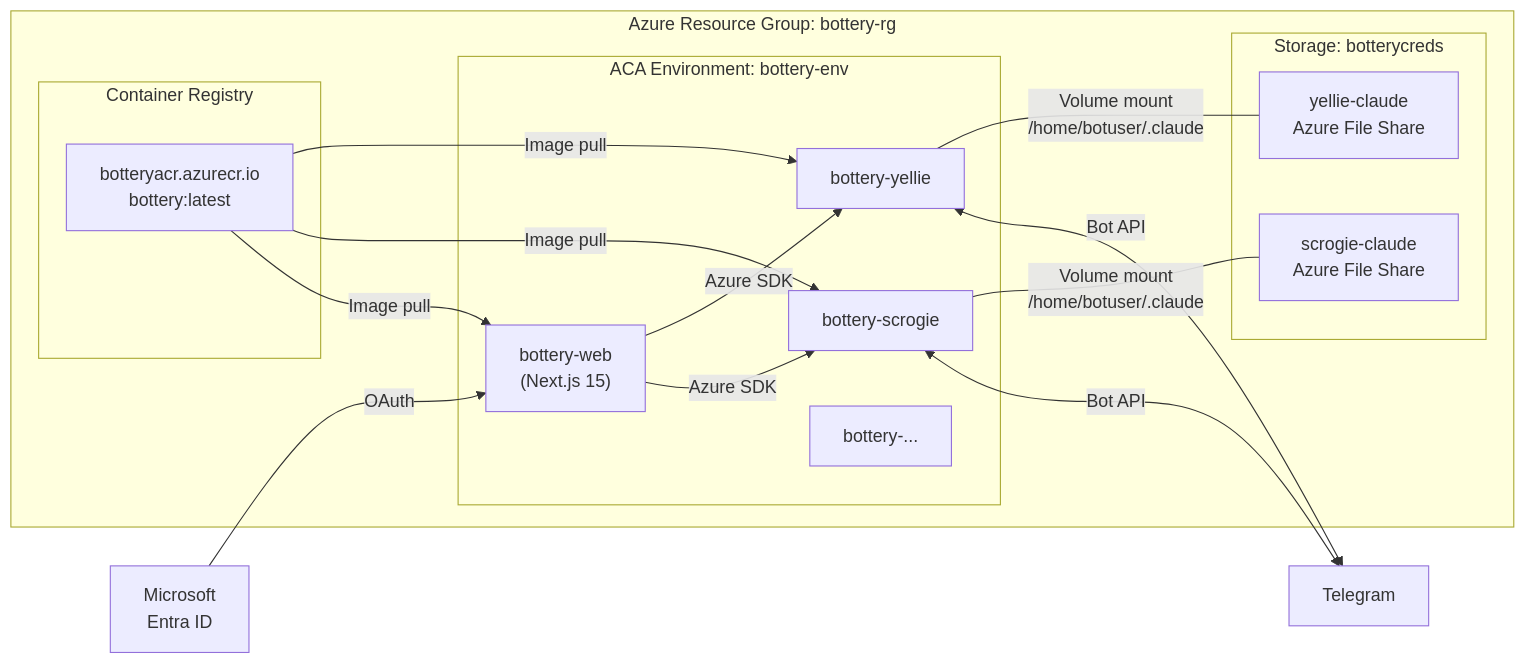
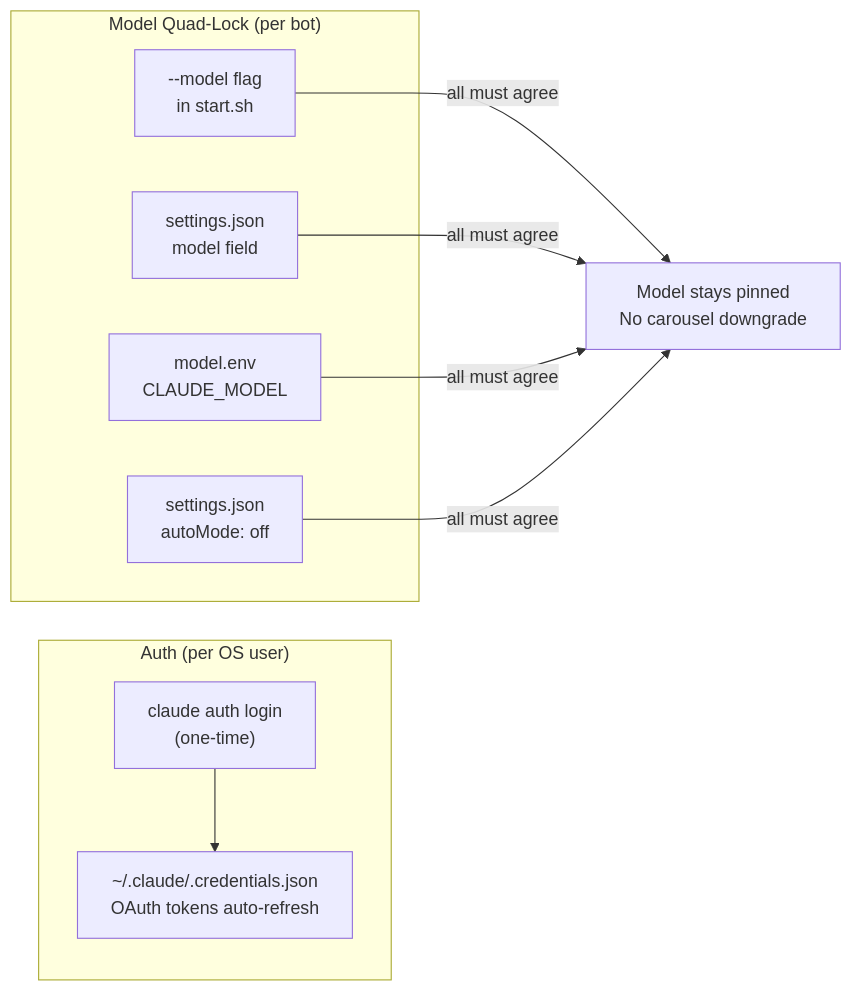
Before and after one commit to mmorris35/bottery: the third of 5 diagrams in ARCHITECTURE.md, drawn with Mermaid. The commit also changed other lines of this file, not shown here.

First line of the commit message:
Replace container architecture doc with v2 VM/systemd model

````diff
--- a/ARCHITECTURE.md
+++ b/ARCHITECTURE.md
@@ -119,34 +117,15 @@
 ```mermaid
 graph LR
-    subgraph "Azure Resource Group: bottery-rg"
-        subgraph "Container Registry"
-            ACR["botteryacr.azurecr.io<br/>bottery:latest"]
-        end
-
-        subgraph "ACA Environment: bottery-env"
-            WEB_APP["bottery-web<br/>(Next.js 15)"]
-            BOT1["bottery-yellie"]
-            BOT2["bottery-scrogie"]
-            BOT3["bottery-..."]
-        end
-
-        subgraph "Storage: botterycreds"
-            FS1["yellie-claude<br/>Azure File Share"]
-            FS2["scrogie-claude<br/>Azure File Share"]
-        end
+    subgraph "Auth (per OS user)"
+        OAUTH["claude auth login<br/>(one-time)"] --> CREDS["~/.claude/.credentials.json<br/>OAuth tokens auto-refresh"]
     end
 
-    ACR -->|Image pull| BOT1
-    ACR -->|Image pull| BOT2
-    ACR -->|Image pull| WEB_APP
+    subgraph "Model Quad-Lock (per bot)"
+        ML1["--model flag<br/>in start.sh"]
+        ML2["settings.json<br/>model field"]
+        ML3["model.env<br/>CLAUDE_MODEL"]
+        ML4["settings.json<br/>autoMode: off"]
+    end
 
-    BOT1 ---|Volume mount<br/>/home/botuser/.claude| FS1
-    BOT2 ---|Volume mount<br/>/home/botuser/.claude| FS2
-
-    ENTRA["Microsoft<br/>Entra ID"] -->|OAuth| WEB_APP
-    WEB_APP -->|Azure SDK| BOT1
-    WEB_APP -->|Azure SDK| BOT2
-
-    BOT1 <-->|Bot API| TG[Telegram]
-    BOT2 <-->|Bot API| TG
+    ML1 & ML2 & ML3 & ML4 -->|all must agree| PINNED["Model stays pinned<br/>No carousel downgrade"]
 ```
````
